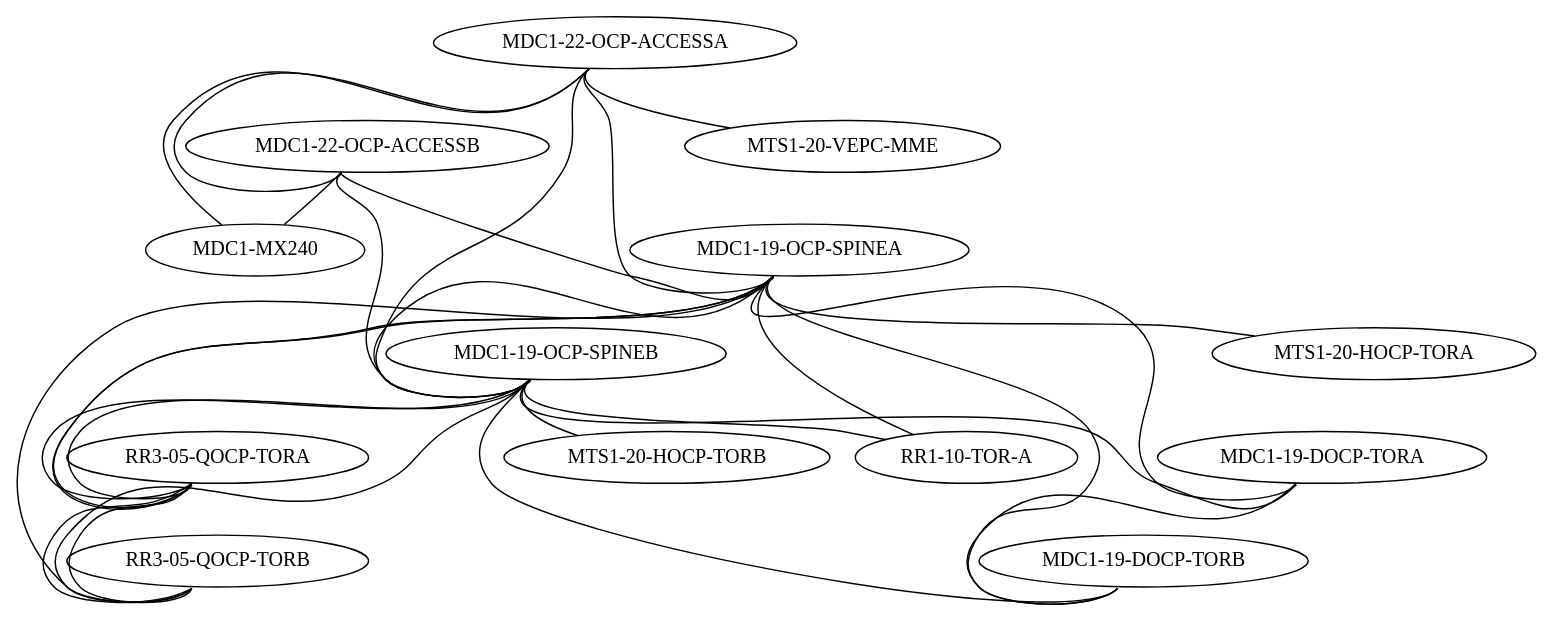
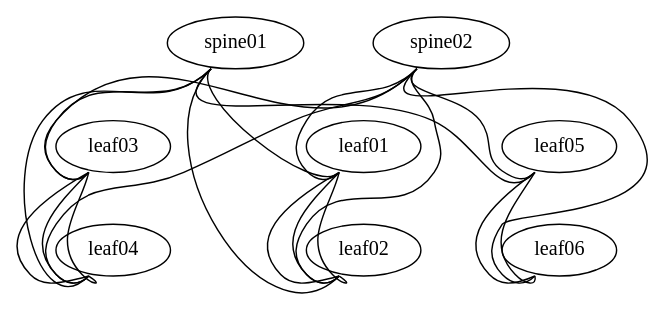
One commit to kwitherstine/testing_T changed the diagram in topology.dot. Above: the diagram before and after it, drawn with Graphviz. The commit also changed 1 other file, not shown here.

```diff
--- a/topology.dot
+++ b/topology.dot
@@ -1,30 +1,23 @@
 # generic example - cumulus@leaf1$ cat /etc/ptm.d/topology.dot
 graph G {
   graph [hostidtype="hostname", version="1:0"];
-    "MDC1-22-OCP-ACCESSA":"swp1" -- "MDC1-22-OCP-ACCESSB":"swp1";
-    "MDC1-22-OCP-ACCESSA":"swp43" -- "MTS1-20-VEPC-MME":"Gi1/0/25";
-    "MDC1-22-OCP-ACCESSA":"swp48" -- "MDC1-MX240":"xe-2/2/0";
-    "MDC1-22-OCP-ACCESSA":"swp49" -- "MDC1-19-OCP-SPINEA":"swp31";
-    "MDC1-22-OCP-ACCESSA":"swp50" -- "MDC1-19-OCP-SPINEB":"swp31";
-    "MDC1-22-OCP-ACCESSB":"swp48" -- "MDC1-MX240":"xe-2/3/0";
-    "MDC1-22-OCP-ACCESSB":"swp49" -- "MDC1-19-OCP-SPINEA":"swp32";
-    "MDC1-22-OCP-ACCESSB":"swp50" -- "MDC1-19-OCP-SPINEB":"swp32";
-    "MDC1-19-OCP-SPINEA":"swp1" -- "MDC1-19-OCP-SPINEB":"swp1";
-    "MDC1-19-OCP-SPINEA":"swp23" -- "MTS1-20-HOCP-TORA":"eth54";
-    "MDC1-19-OCP-SPINEA":"swp25" -- "RR3-05-QOCP-TORA":"swp49";
-    "MDC1-19-OCP-SPINEA":"swp26" -- "RR1-10-TOR-A":"et51/1";
-    "MDC1-19-OCP-SPINEA":"swp27" -- "RR3-05-QOCP-TORA":"swp49";
-    "MDC1-19-OCP-SPINEA":"swp28" -- "RR3-05-QOCP-TORB":"swp49";
-    "MDC1-19-OCP-SPINEA":"swp29" -- "MDC1-19-DOCP-TORA":"swp49";
-    "MDC1-19-OCP-SPINEA":"swp30" -- "MDC1-19-DOCP-TORB":"swp49";
-    "MDC1-19-OCP-SPINEB":"swp23" -- "MTS1-20-HOCP-TORB":"54";
-    "MDC1-19-OCP-SPINEB":"swp25" -- "RR3-05-QOCP-TORA":"swp50";
-    "MDC1-19-OCP-SPINEB":"swp26" -- "RR1-10-TOR-A":"et51/1";
-    "MDC1-19-OCP-SPINEB":"swp27" -- "RR3-05-QOCP-TORA":"swp50";
-    "MDC1-19-OCP-SPINEB":"swp28" -- "RR3-05-QOCP-TORB":"swp50";
-    "MDC1-19-OCP-SPINEB":"swp29" -- "MDC1-19-DOCP-TORA":"swp50";
-    "MDC1-19-OCP-SPINEB":"swp30" -- "MDC1-19-DOCP-TORB":"swp50";
-    "MDC1-19-DOCP-TORA":"swp47" -- "MDC1-19-DOCP-TORB":"swp47";
-    "RR3-05-QOCP-TORA":"swp51" -- "RR3-05-QOCP-TORB":"swp51";
-    "RR3-05-QOCP-TORA":"swp52" -- "RR3-05-QOCP-TORB":"swp52"
+    "spine01":"swp5" -- "leaf05":"swp50";
+    "spine01":"swp25" -- "leaf04":"swp49";
+    "spine01":"swp26" -- "leaf03":"swp49";
+    "spine01":"swp31" -- "leaf02":"swp53";
+    "spine01":"swp32" -- "leaf01":"swp49";
+    "spine02":"swp24" -- "leaf06":"swp49";
+    "spine02":"swp26" -- "leaf05":"swp53";
+    "spine02":"swp29" -- "leaf04":"swp50";
+    "spine02":"swp30" -- "leaf03":"swp50";
+    "spine02":"swp31" -- "leaf02":"swp50";
+    "spine02":"swp32" -- "leaf01":"swp52";
+    "leaf01":"swp1" -- "leaf02":"swp1";
+    "leaf01":"swp3" -- "leaf02":"swp3";
+    "leaf01":"swp4" -- "leaf02":"swp4";
+    "leaf03":"swp1" -- "leaf04":"swp1";
+    "leaf03":"swp3" -- "leaf04":"swp3";
+    "leaf03":"swp4" -- "leaf04":"swp4";
+    "leaf05":"swp1" -- "leaf06":"swp1";
+    "leaf05":"swp3" -- "leaf06":"swp3"
 }
```
